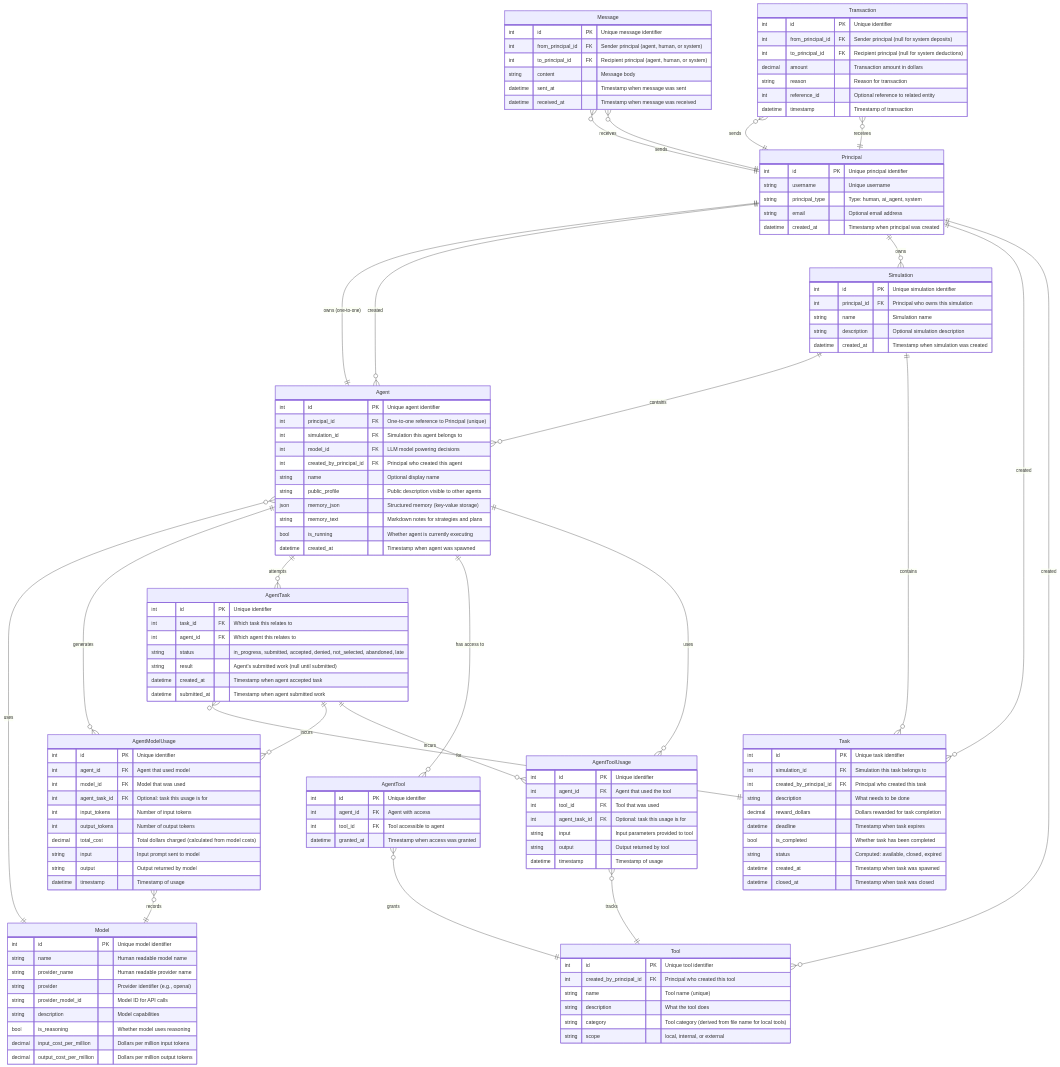
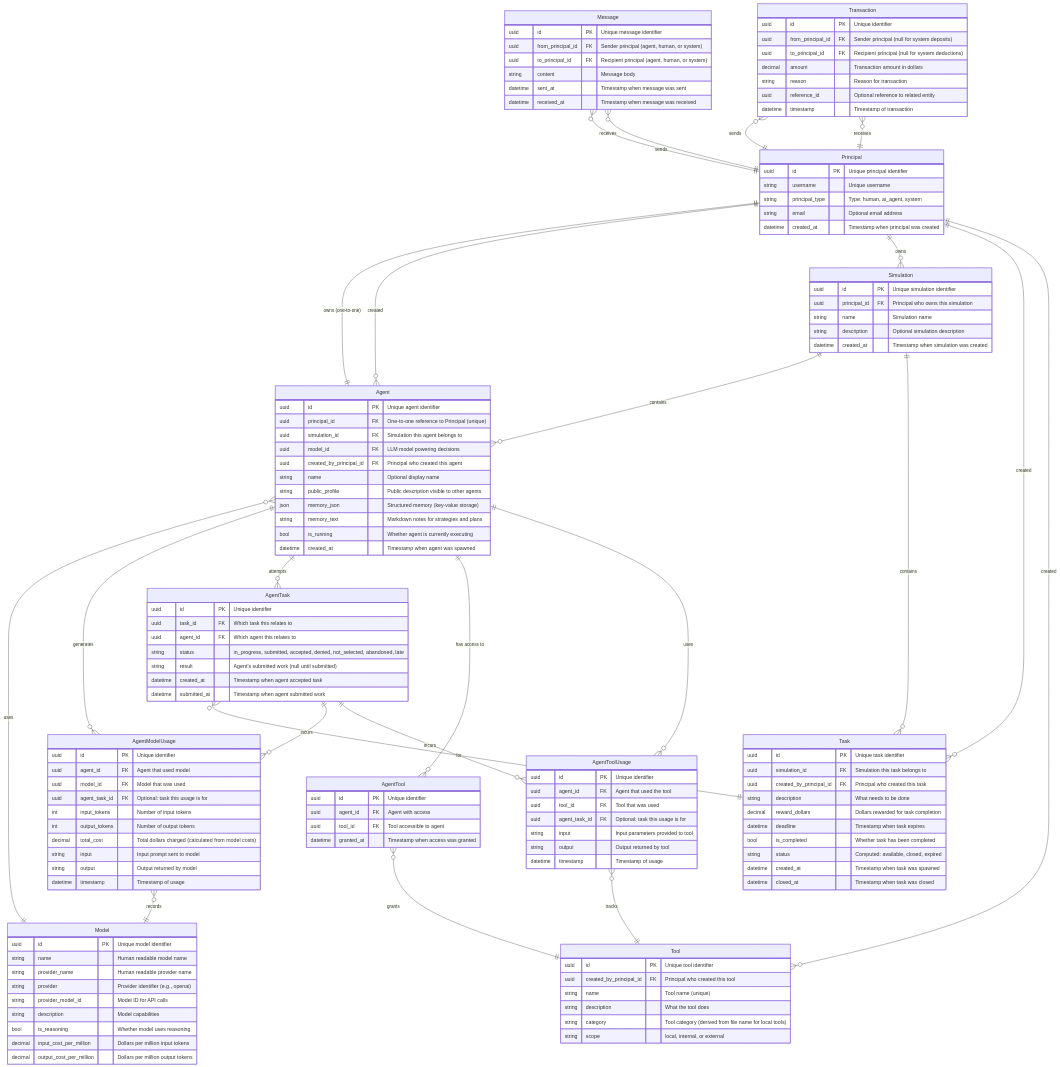
One commit to byronxlg/polyagent changed the diagram in docs/datamodel.mmd. Above: the diagram before and after it, drawn with Mermaid. The commit also changed 7 other files, not shown here.

```diff
--- a/docs/datamodel.mmd
+++ b/docs/datamodel.mmd
@@ -1,155 +1,155 @@
 erDiagram
     Principal {
-        int id PK "Unique principal identifier"
+        uuid id PK "Unique principal identifier"
         string username "Unique username"
         string principal_type "Type: human, ai_agent, system"
         string email "Optional email address"
         datetime created_at "Timestamp when principal was created"
     }
 
     Simulation {
-        int id PK "Unique simulation identifier"
-        int principal_id FK "Principal who owns this simulation"
+        uuid id PK "Unique simulation identifier"
+        uuid principal_id FK "Principal who owns this simulation"
         string name "Simulation name"
         string description "Optional simulation description"
         datetime created_at "Timestamp when simulation was created"
     }
 
     Agent {
-        int id PK "Unique agent identifier"
-        int principal_id FK "One-to-one reference to Principal (unique)"
-        int simulation_id FK "Simulation this agent belongs to"
-        int model_id FK "LLM model powering decisions"
-        int created_by_principal_id FK "Principal who created this agent"
+        uuid id PK "Unique agent identifier"
+        uuid principal_id FK "One-to-one reference to Principal (unique)"
+        uuid simulation_id FK "Simulation this agent belongs to"
+        uuid model_id FK "LLM model powering decisions"
+        uuid created_by_principal_id FK "Principal who created this agent"
         string name "Optional display name"
         string public_profile "Public description visible to other agents"
         json memory_json "Structured memory (key-value storage)"
         string memory_text "Markdown notes for strategies and plans"
         bool is_running "Whether agent is currently executing"
         datetime created_at "Timestamp when agent was spawned"
     }
 
     Model {
-        int id PK "Unique model identifier"
+        uuid id PK "Unique model identifier"
         string name "Human readable model name"
         string provider_name "Human readable provider name"
         string provider "Provider identifier (e.g., openai)"
         string provider_model_id "Model ID for API calls"
         string description "Model capabilities"
         bool is_reasoning "Whether model uses reasoning"
         decimal input_cost_per_million "Dollars per million input tokens"
         decimal output_cost_per_million "Dollars per million output tokens"
     }
 
     Task {
-        int id PK "Unique task identifier"
-        int simulation_id FK "Simulation this task belongs to"
-        int created_by_principal_id FK "Principal who created this task"
+        uuid id PK "Unique task identifier"
+        uuid simulation_id FK "Simulation this task belongs to"
+        uuid created_by_principal_id FK "Principal who created this task"
         string description "What needs to be done"
         decimal reward_dollars "Dollars rewarded for task completion"
         datetime deadline "Timestamp when task expires"
         bool is_completed "Whether task has been completed"
         string status "Computed: available, closed, expired"
         datetime created_at "Timestamp when task was spawned"
         datetime closed_at "Timestamp when task was closed"
     }
 
     AgentTask {
-        int id PK "Unique identifier"
-        int task_id FK "Which task this relates to"
-        int agent_id FK "Which agent this relates to"
+        uuid id PK "Unique identifier"
+        uuid task_id FK "Which task this relates to"
+        uuid agent_id FK "Which agent this relates to"
         string status "in_progress, submitted, accepted, denied, not_selected, abandoned, late"
         string result "Agent's submitted work (null until submitted)"
         datetime created_at "Timestamp when agent accepted task"
         datetime submitted_at "Timestamp when agent submitted work"
     }
 
     Message {
-        int id PK "Unique message identifier"
-        int from_principal_id FK "Sender principal (agent, human, or system)"
-        int to_principal_id FK "Recipient principal (agent, human, or system)"
+        uuid id PK "Unique message identifier"
+        uuid from_principal_id FK "Sender principal (agent, human, or system)"
+        uuid to_principal_id FK "Recipient principal (agent, human, or system)"
         string content "Message body"
         datetime sent_at "Timestamp when message was sent"
         datetime received_at "Timestamp when message was received"
     }
 
     Tool {
-        int id PK "Unique tool identifier"
-        int created_by_principal_id FK "Principal who created this tool"
+        uuid id PK "Unique tool identifier"
+        uuid created_by_principal_id FK "Principal who created this tool"
         string name "Tool name (unique)"
         string description "What the tool does"
         string category "Tool category (derived from file name for local tools)"
         string scope "local, internal, or external"
     }
 
     AgentTool {
-        int id PK "Unique identifier"
-        int agent_id FK "Agent with access"
-        int tool_id FK "Tool accessible to agent"
+        uuid id PK "Unique identifier"
+        uuid agent_id FK "Agent with access"
+        uuid tool_id FK "Tool accessible to agent"
         datetime granted_at "Timestamp when access was granted"
     }
 
     AgentModelUsage {
-        int id PK "Unique identifier"
-        int agent_id FK "Agent that used model"
-        int model_id FK "Model that was used"
-        int agent_task_id FK "Optional: task this usage is for"
+        uuid id PK "Unique identifier"
+        uuid agent_id FK "Agent that used model"
+        uuid model_id FK "Model that was used"
+        uuid agent_task_id FK "Optional: task this usage is for"
         int input_tokens "Number of input tokens"
         int output_tokens "Number of output tokens"
         decimal total_cost "Total dollars charged (calculated from model costs)"
         string input "Input prompt sent to model"
         string output "Output returned by model"
         datetime timestamp "Timestamp of usage"
     }
 
     Transaction {
-        int id PK "Unique identifier"
-        int from_principal_id FK "Sender principal (null for system deposits)"
-        int to_principal_id FK "Recipient principal (null for system deductions)"
+        uuid id PK "Unique identifier"
+        uuid from_principal_id FK "Sender principal (null for system deposits)"
+        uuid to_principal_id FK "Recipient principal (null for system deductions)"
         decimal amount "Transaction amount in dollars"
         string reason "Reason for transaction"
-        int reference_id "Optional reference to related entity"
+        uuid reference_id "Optional reference to related entity"
         datetime timestamp "Timestamp of transaction"
     }
 
     AgentToolUsage {
-        int id PK "Unique identifier"
-        int agent_id FK "Agent that used the tool"
-        int tool_id FK "Tool that was used"
-        int agent_task_id FK "Optional: task this usage is for"
+        uuid id PK "Unique identifier"
+        uuid agent_id FK "Agent that used the tool"
+        uuid tool_id FK "Tool that was used"
+        uuid agent_task_id FK "Optional: task this usage is for"
         string input "Input parameters provided to tool"
         string output "Output returned by tool"
         datetime timestamp "Timestamp of usage"
     }
 
 
     Principal ||--|| Agent : "owns (one-to-one)"
     Principal ||--o{ Agent : "created"
     Principal ||--o{ Simulation : "owns"
     Principal ||--o{ Task : "created"
     Principal ||--o{ Tool : "created"
 
     Simulation ||--o{ Agent : "contains"
     Simulation ||--o{ Task : "contains"
 
     Message }o--|| Principal : "sends"
     Message }o--|| Principal : "receives"
 
     Transaction }o--|| Principal : "sends"
     Transaction }o--|| Principal : "receives"
 
     Agent }o--|| Model : "uses"
     Agent ||--o{ AgentModelUsage : "generates"
     AgentModelUsage }o--|| Model : "records"
 
     Agent ||--o{ AgentTask : "attempts"
     AgentTask }o--|| Task : "for"
 
     Agent ||--o{ AgentTool : "has access to"
     AgentTool }o--|| Tool : "grants"
 
     Agent ||--o{ AgentToolUsage : "uses"
     AgentToolUsage }o--|| Tool : "tracks"
 
     AgentTask ||--o{ AgentModelUsage : "incurs"
     AgentTask ||--o{ AgentToolUsage : "incurs"
```
